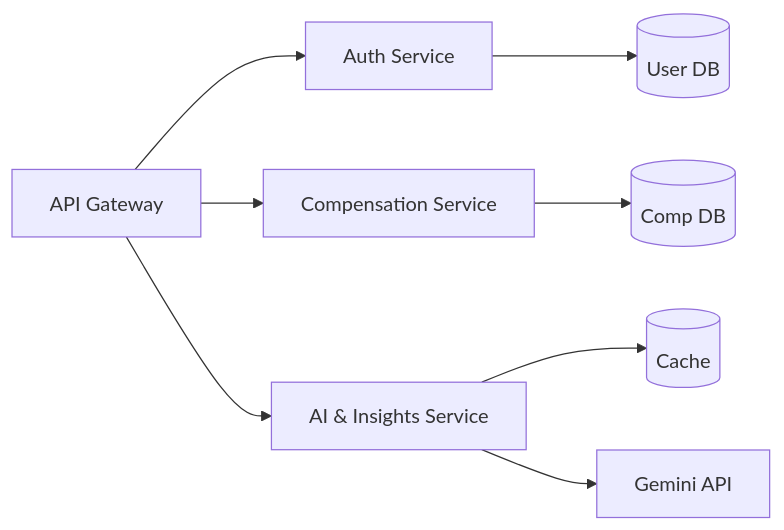
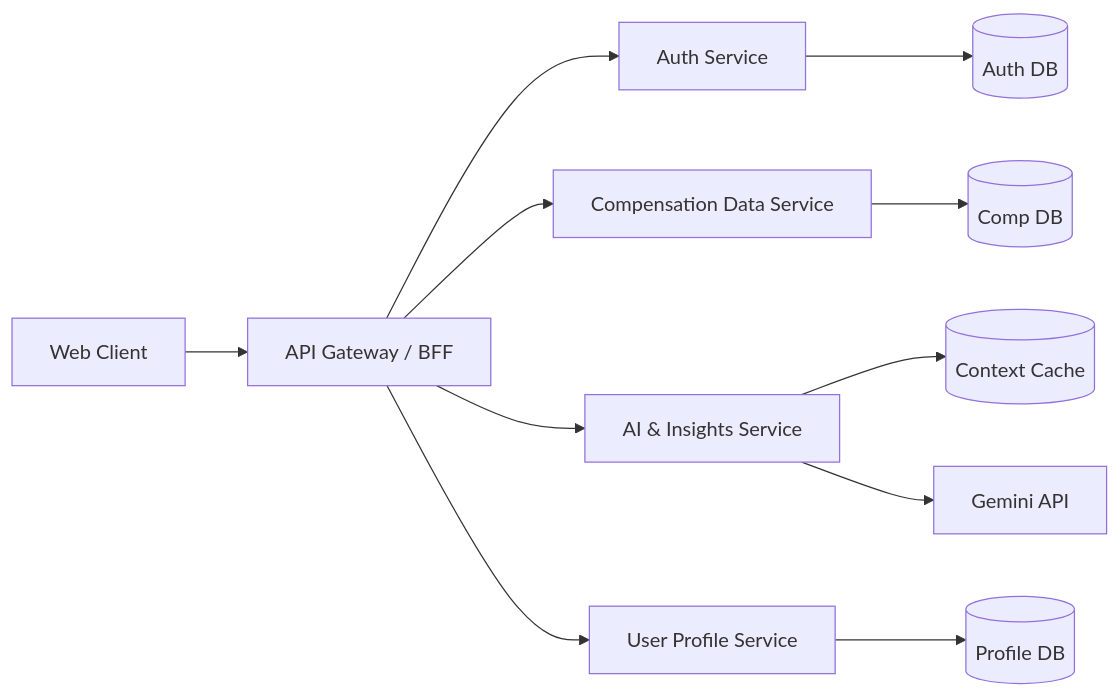
Before and after one commit to genius-0963/-Compensation-Intelligence-System: the seventh of 7 diagrams in README.md, drawn with Mermaid. The commit also changed other lines of this file, not shown here.

Commit message:
docs: enrich README with styled architectural flowcharts

````diff
--- a/README.md
+++ b/README.md
@@ -246,11 +259,15 @@
 ```mermaid
 graph LR
-    Gateway[API Gateway] --> Auth[Auth Service]
-    Gateway --> Comp[Compensation Service]
+    Client[Web Client] --> Gateway[API Gateway / BFF]
+    
+    Gateway --> Auth[Auth Service]
+    Gateway --> Comp[Compensation Data Service]
     Gateway --> AI[AI & Insights Service]
+    Gateway --> User[User Profile Service]
     
-    Auth --> UserDB[(User DB)]
+    Auth --> UserDB[(Auth DB)]
     Comp --> CompDB[(Comp DB)]
-    AI --> Redis[(Cache)]
+    AI --> Redis[(Context Cache)]
     AI --> Gemini[Gemini API]
+    User --> ProfileDB[(Profile DB)]
 ```
````
